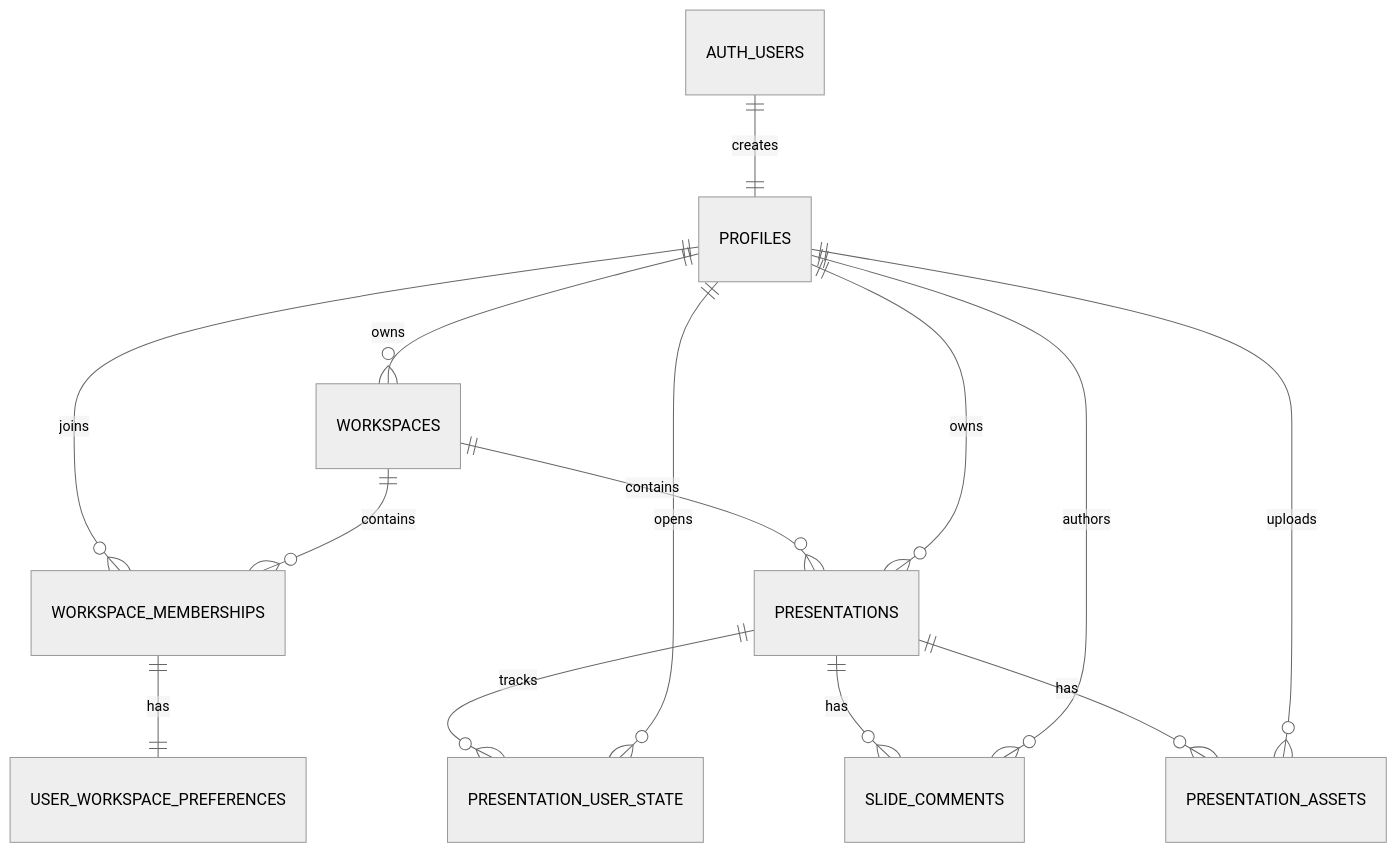
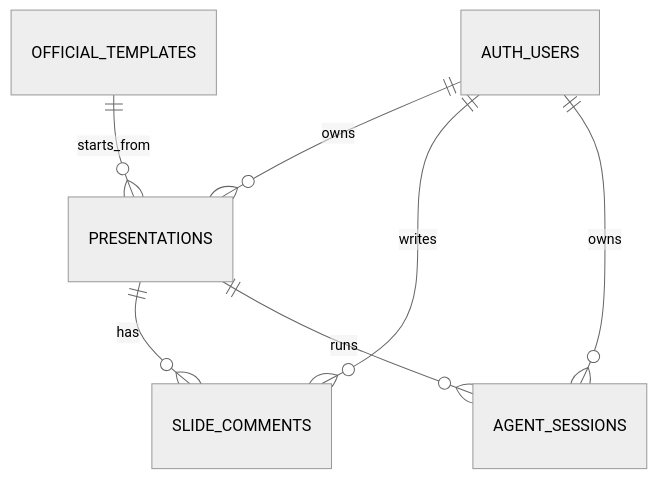
One commit to roackb2/SlideX changed the diagram in docs/specs/supabase-presentation-project-spec.md. Above: the diagram before and after it, drawn with Mermaid (neutral theme). The commit also changed other lines of this file and 65 other files, not shown here.

````diff
--- a/docs/specs/supabase-presentation-project-spec.md
+++ b/docs/specs/supabase-presentation-project-spec.md
@@ -103,16 +26,9 @@
 ```mermaid
 erDiagram
-  AUTH_USERS ||--|| PROFILES : creates
-  PROFILES ||--o{ WORKSPACES : owns
-  PROFILES ||--o{ WORKSPACE_MEMBERSHIPS : joins
-  WORKSPACES ||--o{ WORKSPACE_MEMBERSHIPS : contains
-  WORKSPACE_MEMBERSHIPS ||--|| USER_WORKSPACE_PREFERENCES : has
-  WORKSPACES ||--o{ PRESENTATIONS : contains
-  PROFILES ||--o{ PRESENTATIONS : owns
-  PRESENTATIONS ||--o{ PRESENTATION_USER_STATE : tracks
-  PROFILES ||--o{ PRESENTATION_USER_STATE : opens
+  AUTH_USERS ||--o{ PRESENTATIONS : owns
+  OFFICIAL_TEMPLATES ||--o{ PRESENTATIONS : starts_from
   PRESENTATIONS ||--o{ SLIDE_COMMENTS : has
-  PROFILES ||--o{ SLIDE_COMMENTS : authors
-  PRESENTATIONS ||--o{ PRESENTATION_ASSETS : has
-  PROFILES ||--o{ PRESENTATION_ASSETS : uploads
+  PRESENTATIONS ||--o{ AGENT_SESSIONS : runs
+  AUTH_USERS ||--o{ SLIDE_COMMENTS : writes
+  AUTH_USERS ||--o{ AGENT_SESSIONS : owns
 ```
````
